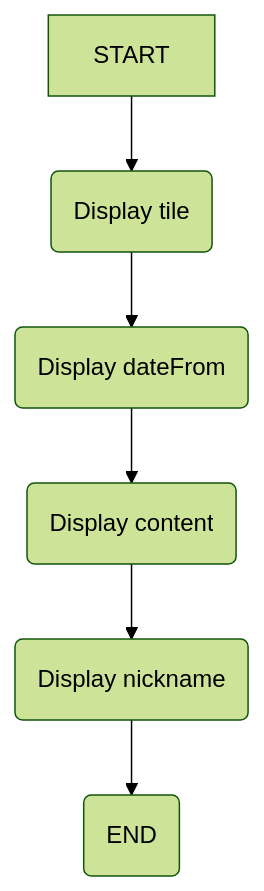
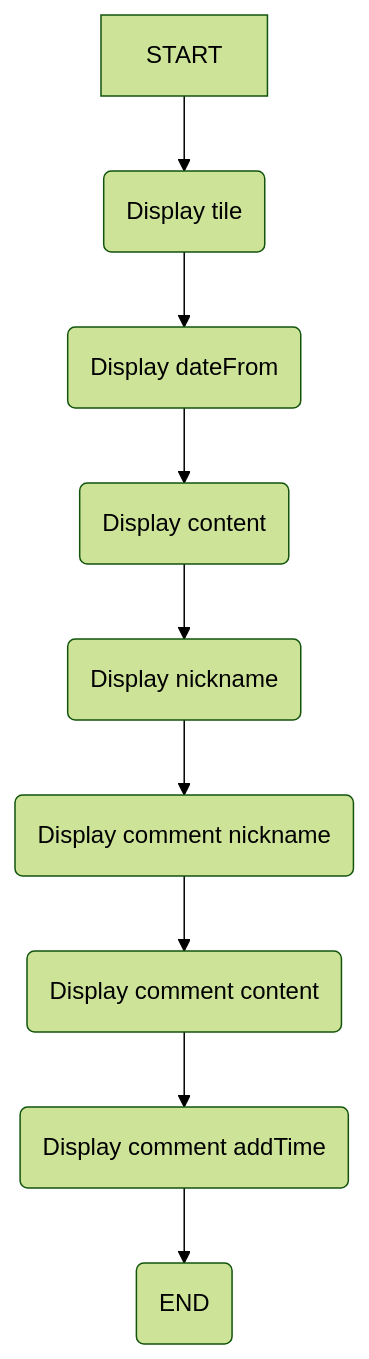
The third of 3 diagrams in doc/diagramme.md (MateoNicoud/blog), drawn with Mermaid (forest theme) before and after one commit. The commit also changed 1 other file, not shown here.

````diff
--- a/doc/diagramme.md
+++ b/doc/diagramme.md
@@ -27,8 +27,11 @@
 ```mermaid
 flowchart TD
     A[START] -->B(Display tile)
     B --> C(Display dateFrom)
     C -->D(Display content)
     D -->E(Display nickname)
-    E -->F(END)
+    E -->F(Display comment nickname)
+    F-->G(Display comment content)
+    G-->H(Display comment addTime)
+    H-->I(END)
 ```
````
